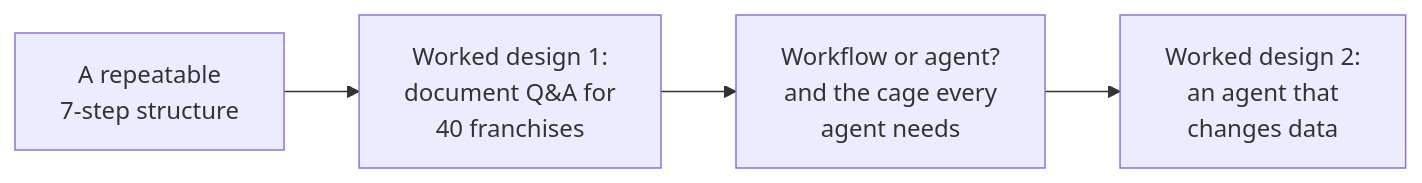
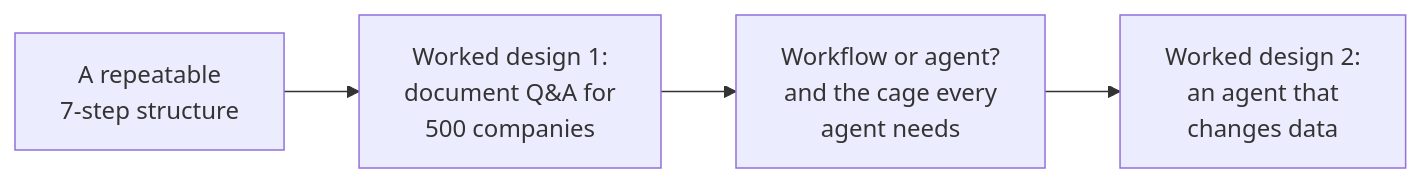
One commit to shubamchaudhary/CodeNITW changed the first of 9 diagrams in src/Data/aiStackDocs/CH-10.md. Above: the diagram before and after it, drawn with Mermaid. The commit also changed other lines of this file and 32 other files, not shown here.

````diff
--- a/src/Data/aiStackDocs/CH-10.md
+++ b/src/Data/aiStackDocs/CH-10.md
@@ -5,6 +5,6 @@
 ```mermaid
 flowchart LR
-    A["A repeatable<br/>7-step structure"] --> B["Worked design 1:<br/>document Q&A for<br/>40 franchises"]
+    A["A repeatable<br/>7-step structure"] --> B["Worked design 1:<br/>document Q&A for<br/>500 companies"]
     B --> C["Workflow or agent?<br/>and the cage every<br/>agent needs"]
     C --> D["Worked design 2:<br/>an agent that<br/>changes data"]
 ```
````
